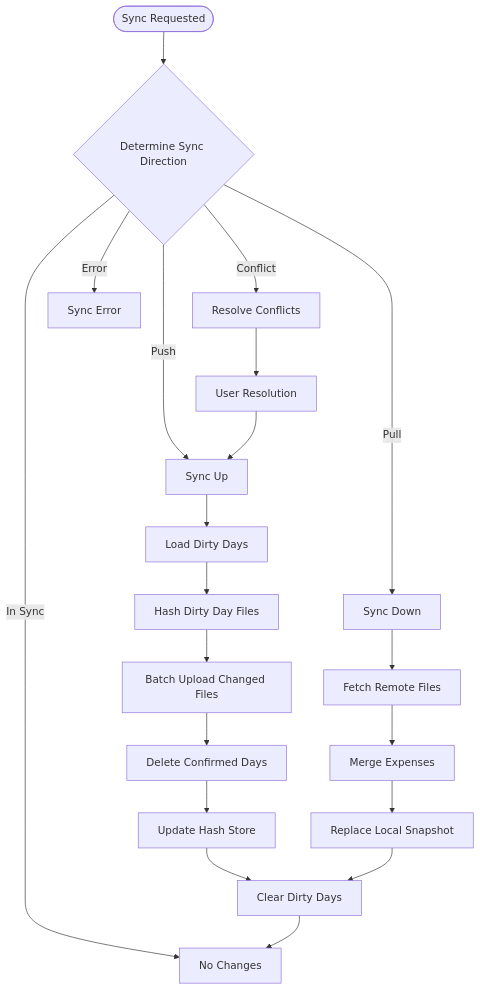
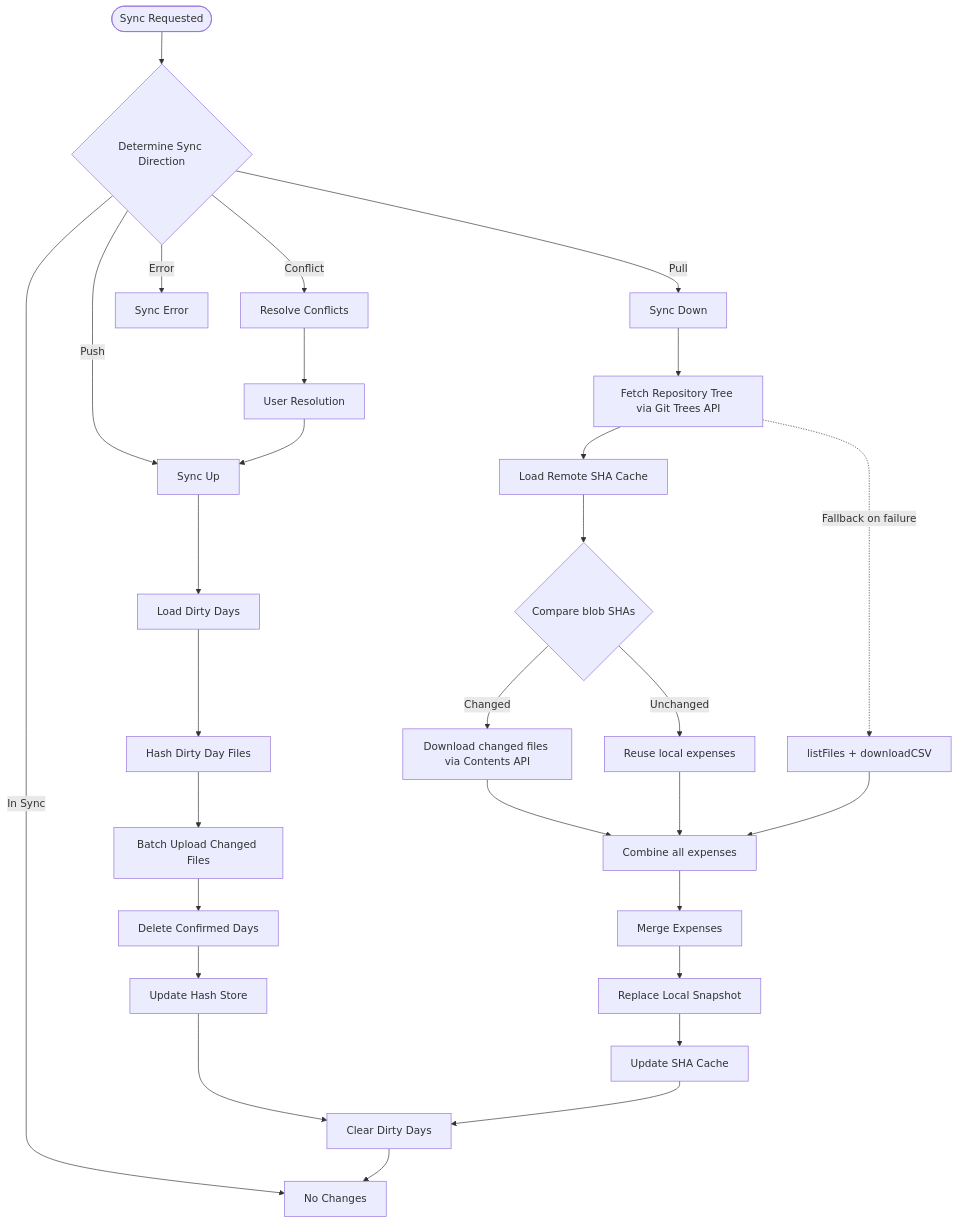
One commit to sudokoi/expense-buddy changed the third of 8 diagrams in ARCHITECTURE.md. Above: the diagram before and after it, drawn with Mermaid. The commit also changed other lines of this file and 2 other files, not shown here.

Commit message:
docs: add changeset and update README/ARCHITECTURE for sync engine optimization

````diff
--- a/ARCHITECTURE.md
+++ b/ARCHITECTURE.md
@@ -177,26 +178,35 @@
 ```mermaid
 flowchart TD
     Start([Sync Requested]) --> Direction{Determine Sync Direction}
 
     Direction -->|Push| SyncUp[Sync Up]
     Direction -->|Pull| SyncDown[Sync Down]
     Direction -->|Conflict| Conflict[Resolve Conflicts]
     Direction -->|In Sync| Done[No Changes]
     Direction -->|Error| Error[Sync Error]
 
     SyncUp --> LoadDirty[Load Dirty Days]
     LoadDirty --> HashDirty[Hash Dirty Day Files]
     HashDirty --> Upload[Batch Upload Changed Files]
     Upload --> Delete[Delete Confirmed Days]
     Delete --> UpdateHashes[Update Hash Store]
     UpdateHashes --> ClearDirty[Clear Dirty Days]
     ClearDirty --> Done
 
-    SyncDown --> Fetch[Fetch Remote Files]
-    Fetch --> Merge[Merge Expenses]
+    SyncDown --> FetchTree[Fetch Repository Tree via Git Trees API]
+    FetchTree --> LoadSHACache[Load Remote SHA Cache]
+    LoadSHACache --> CompareSHAs{Compare blob SHAs}
+    CompareSHAs -->|Changed| Download[Download changed files via Contents API]
+    CompareSHAs -->|Unchanged| Reuse[Reuse local expenses]
+    Download --> Combine[Combine all expenses]
+    Reuse --> Combine
+    FetchTree -.->|Fallback on failure| FallbackFetch[listFiles + downloadCSV]
+    FallbackFetch --> Combine
+    Combine --> Merge[Merge Expenses]
     Merge --> Replace[Replace Local Snapshot]
-    Replace --> ClearDirty
+    Replace --> UpdateSHACache[Update SHA Cache]
+    UpdateSHACache --> ClearDirty
 
     Conflict --> Resolve[User Resolution]
     Resolve --> SyncUp
 ```
````
